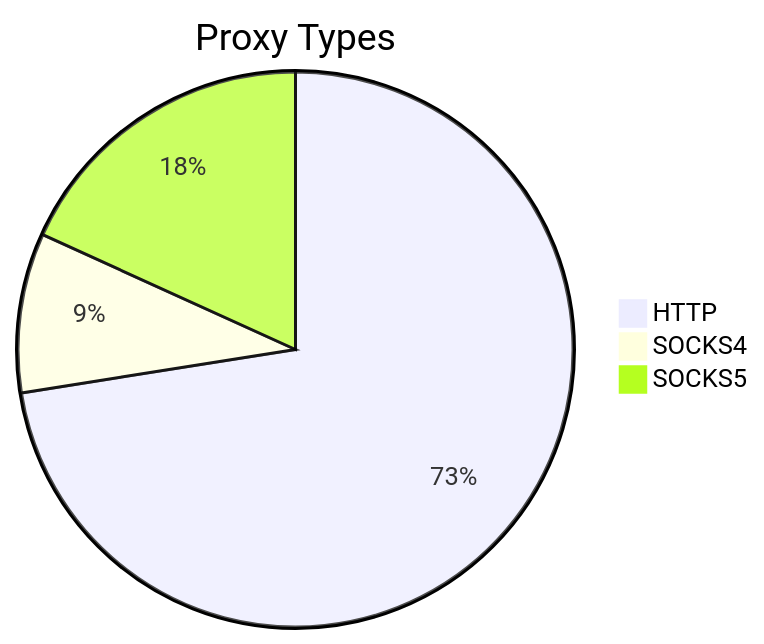
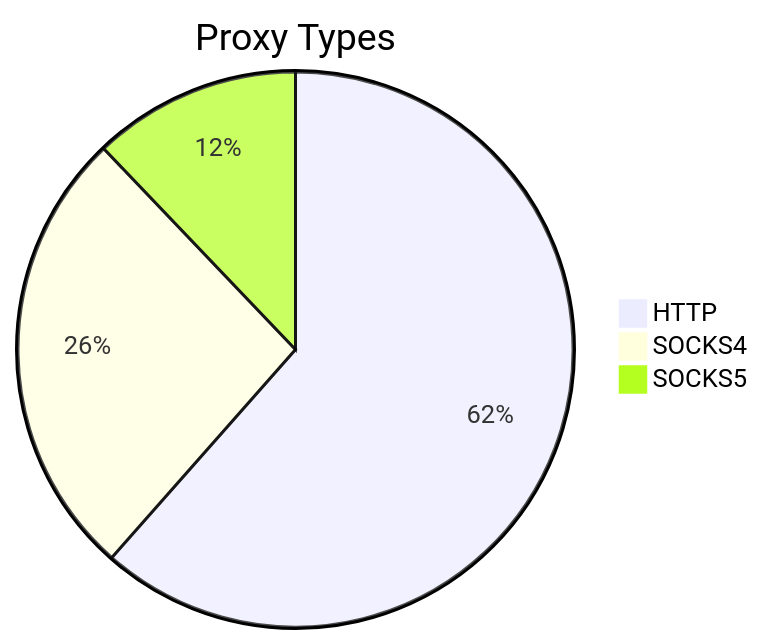
Before and after one commit to stormsia/proxy-list: the first of 2 diagrams in README.md, drawn with Mermaid. The commit also changed other lines of this file, not shown here.

````diff
--- a/README.md
+++ b/README.md
@@ -21,6 +21,6 @@
 ```mermaid
 pie title Proxy Types
-    "HTTP" : 203
-    "SOCKS4" : 26
-    "SOCKS5" : 51
+    "HTTP" : 497
+    "SOCKS4" : 213
+    "SOCKS5" : 98
 ```
````
